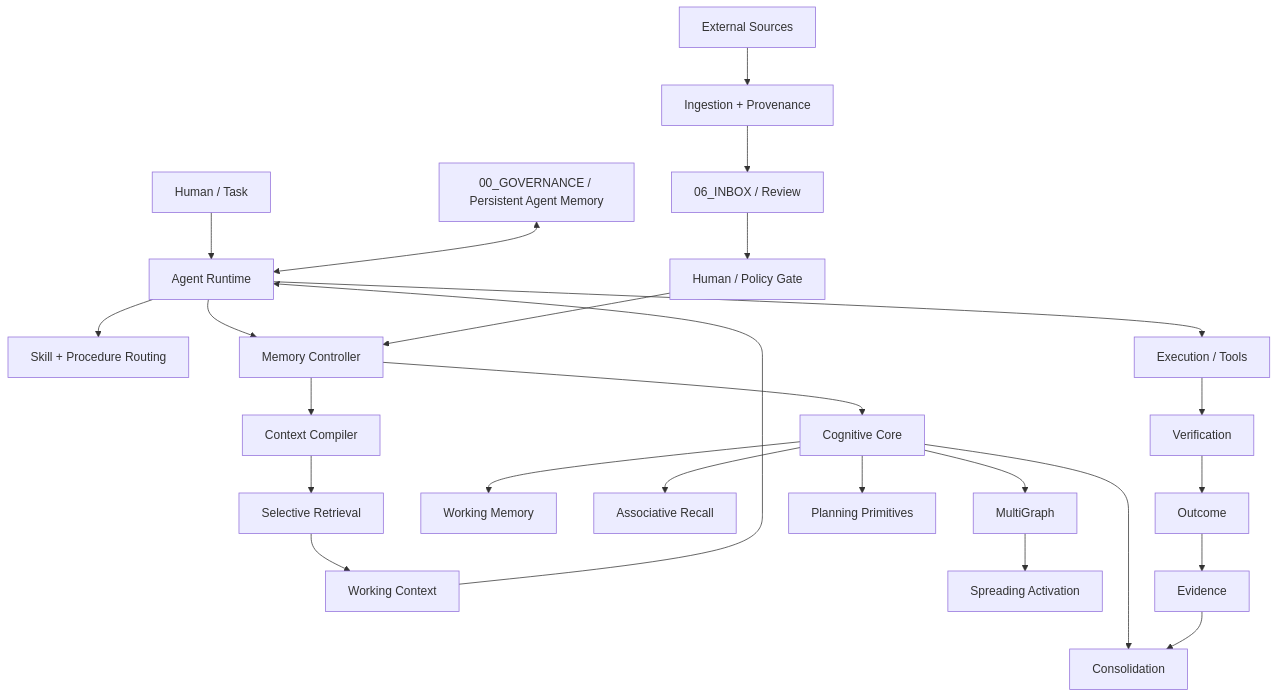
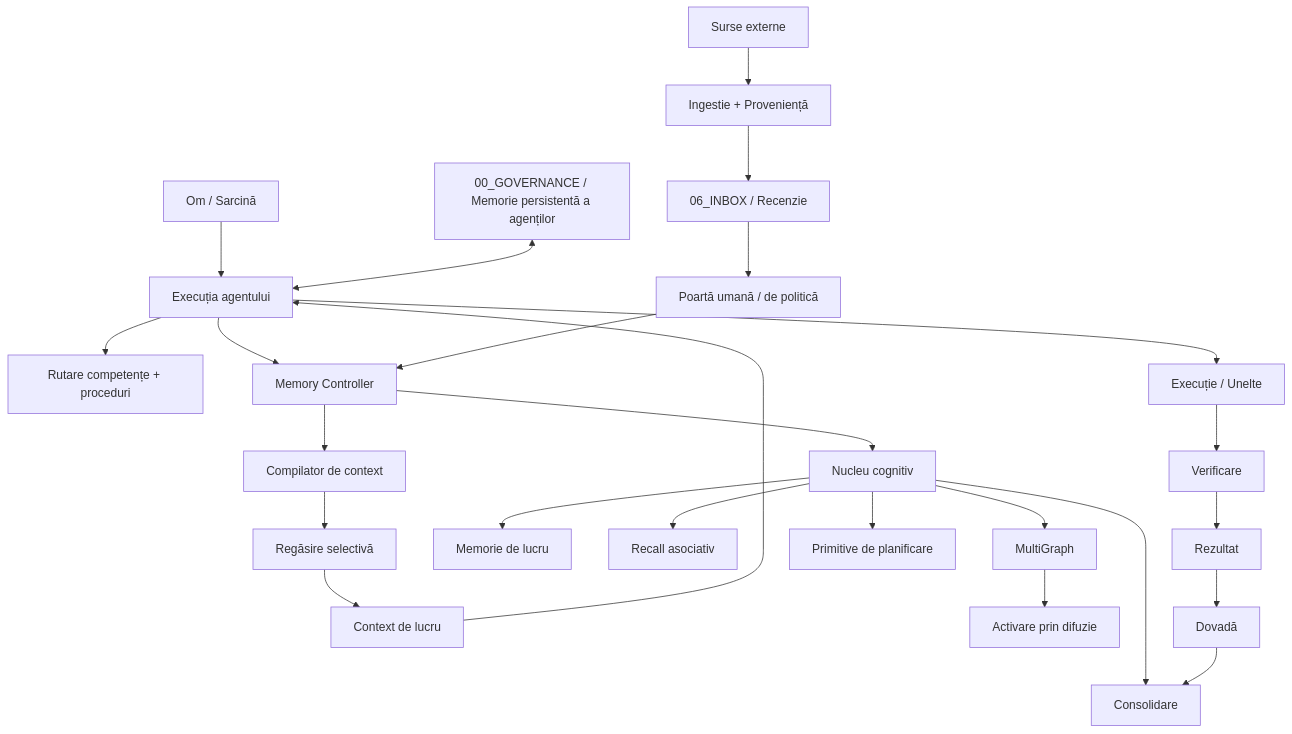
The second of 2 diagrams in README.md (userist123/AI_Memory_Vault_CODEX_READY), drawn with Mermaid before and after one commit. The commit also changed other lines of this file and 1 other file, not shown here.

````diff
--- a/README.md
+++ b/README.md
@@ -94,31 +98,31 @@
 ```mermaid
 flowchart TB
-    U[Human / Task] --> R[Agent Runtime]
-    R --> S[Skill + Procedure Routing]
+    U[Om / Sarcină] --> R[Execuția agentului]
+    R --> S[Rutare competențe + proceduri]
     R --> M[Memory Controller]
-    M --> C[Context Compiler]
-    C --> Q[Selective Retrieval]
-    Q --> W[Working Context]
+    M --> C[Compilator de context]
+    C --> Q[Regăsire selectivă]
+    Q --> W[Context de lucru]
     W --> R
 
-    M --> CC[Cognitive Core]
-    CC --> WM[Working Memory]
-    CC --> RC[Associative Recall]
+    M --> CC[Nucleu cognitiv]
+    CC --> WM[Memorie de lucru]
+    CC --> RC[Recall asociativ]
     CC --> MG[MultiGraph]
-    MG --> SA[Spreading Activation]
-    CC --> PL[Planning Primitives]
-    CC --> CO[Consolidation]
+    MG --> SA[Activare prin difuzie]
+    CC --> PL[Primitive de planificare]
+    CC --> CO[Consolidare]
 
-    R --> EX[Execution / Tools]
-    EX --> VF[Verification]
-    VF --> OUT[Outcome]
-    OUT --> EVI[Evidence]
+    R --> EX[Execuție / Unelte]
+    EX --> VF[Verificare]
+    VF --> OUT[Rezultat]
+    OUT --> EVI[Dovadă]
     EVI --> CO
 
-    RAW[External Sources] --> ING[Ingestion + Provenance]
-    ING --> INBOX[06_INBOX / Review]
-    INBOX --> HG[Human / Policy Gate]
+    RAW[Surse externe] --> ING[Ingestie + Proveniență]
+    ING --> INBOX[06_INBOX / Recenzie]
+    INBOX --> HG[Poartă umană / de politică]
     HG --> M
 
-    P[00_GOVERNANCE / Persistent Agent Memory] <--> R
+    P[00_GOVERNANCE / Memorie persistentă a agenților] <--> R
 ```
````
